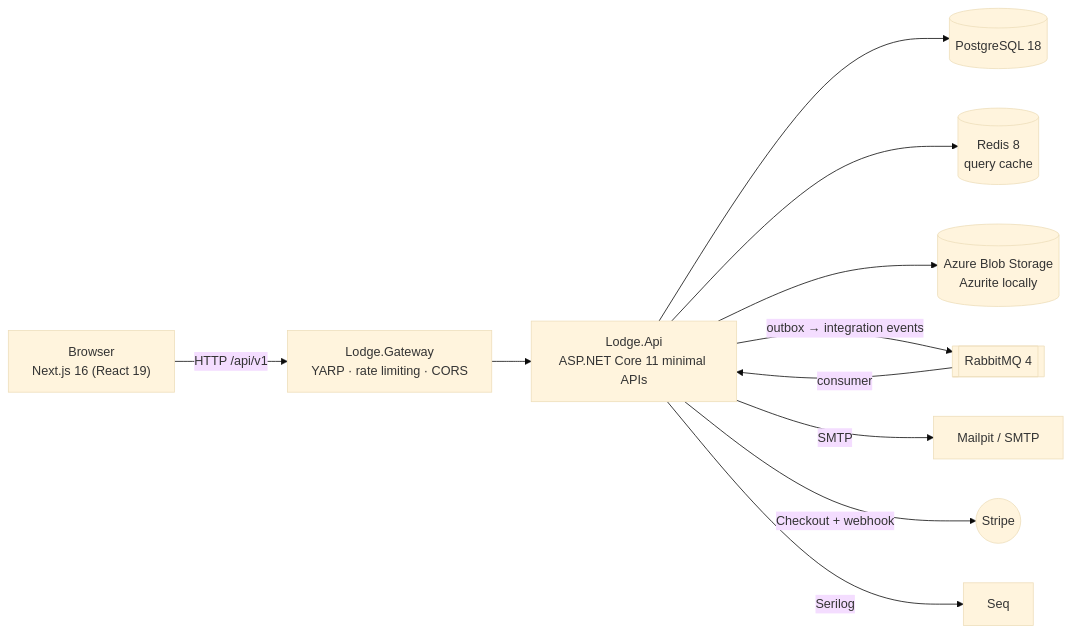
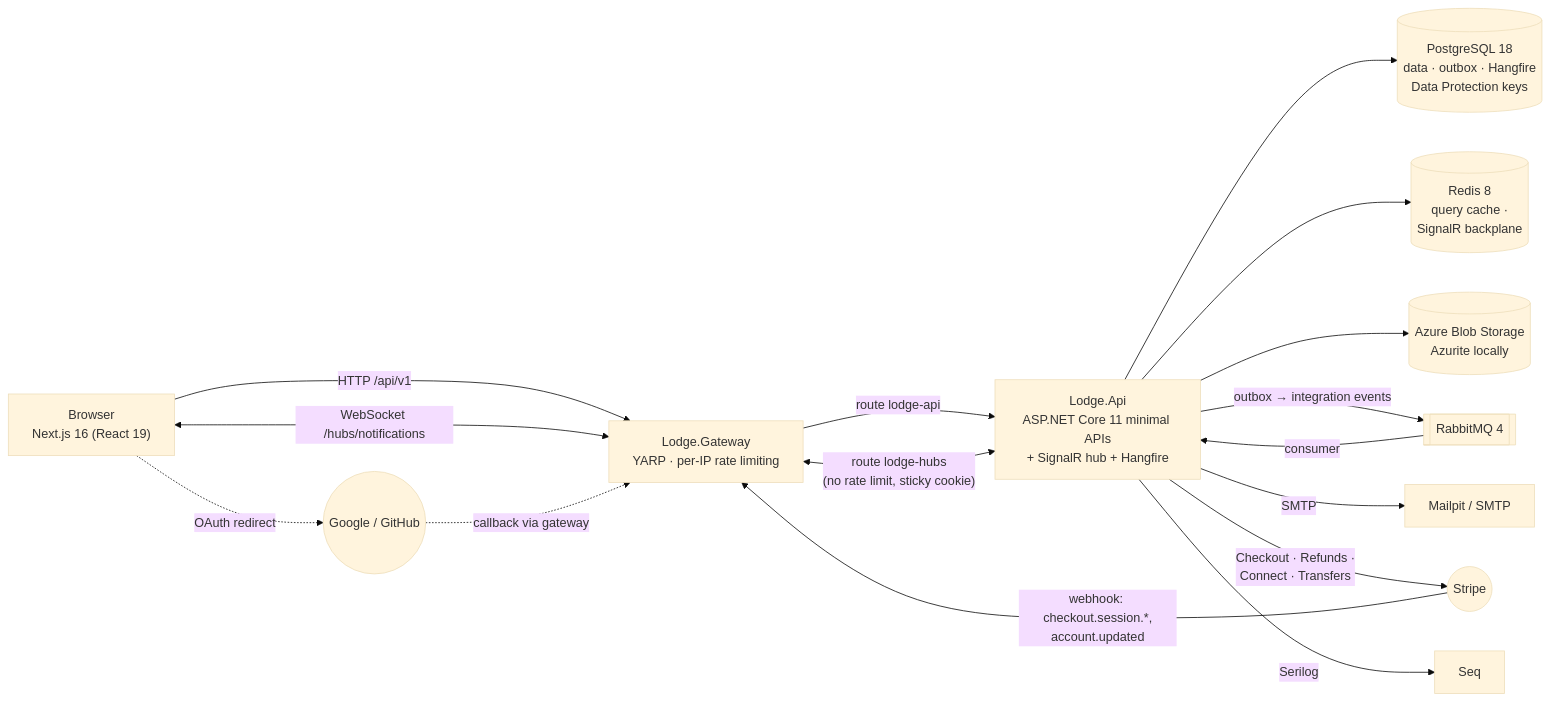
Before and after one commit to HilthonTT/Lodge: the first of 9 diagrams in docs/architecture.md, drawn with Mermaid (base theme). The commit also changed other lines of this file and 2 other files, not shown here.

First line of the commit message:
docs: rewrite API reference, architecture and development guides

````diff
--- a/docs/architecture.md
+++ b/docs/architecture.md
@@ -5,13 +5,18 @@
 ```mermaid
 flowchart LR
-    Browser["Browser<br/>Next.js 16 (React 19)"] -->|HTTP /api/v1| Gateway["Lodge.Gateway<br/>YARP · rate limiting · CORS"]
-    Gateway --> Api["Lodge.Api<br/>ASP.NET Core 11 minimal APIs"]
-    Api --> Postgres[(PostgreSQL 18)]
-    Api --> Redis[(Redis 8<br/>query cache)]
-    Api --> Azurite[(Azure Blob Storage<br/>Azurite locally)]
-    Api -->|outbox → integration events| RabbitMQ[[RabbitMQ 4]]
+    Browser["Browser<br/>Next.js 16 (React 19)"] -->|"HTTP /api/v1"| Gateway["Lodge.Gateway<br/>YARP · per-IP rate limiting"]
+    Browser <-->|"WebSocket /hubs/notifications"| Gateway
+    Gateway -->|"route lodge-api"| Api["Lodge.Api<br/>ASP.NET Core 11 minimal APIs<br/>+ SignalR hub + Hangfire"]
+    Gateway <-->|"route lodge-hubs<br/>(no rate limit, sticky cookie)"| Api
+    Api --> Postgres[("PostgreSQL 18<br/>data · outbox · Hangfire<br/>Data Protection keys")]
+    Api --> Redis[("Redis 8<br/>query cache ·<br/>SignalR backplane")]
+    Api --> Azurite[("Azure Blob Storage<br/>Azurite locally")]
+    Api -->|"outbox → integration events"| RabbitMQ[["RabbitMQ 4"]]
     RabbitMQ -->|consumer| Api
-    Api -->|SMTP| Mail[Mailpit / SMTP]
-    Api -->|Checkout + webhook| Stripe((Stripe))
-    Api -->|Serilog| Seq[Seq]
+    Api -->|SMTP| Mail["Mailpit / SMTP"]
+    Api -->|"Checkout · Refunds ·<br/>Connect · Transfers"| Stripe(("Stripe"))
+    Stripe -->|"webhook: checkout.session.*,<br/>account.updated"| Gateway
+    Browser -.->|"OAuth redirect"| OAuth(("Google / GitHub"))
+    OAuth -.->|"callback via gateway"| Gateway
+    Api -->|Serilog| Seq["Seq"]
 ```
````
